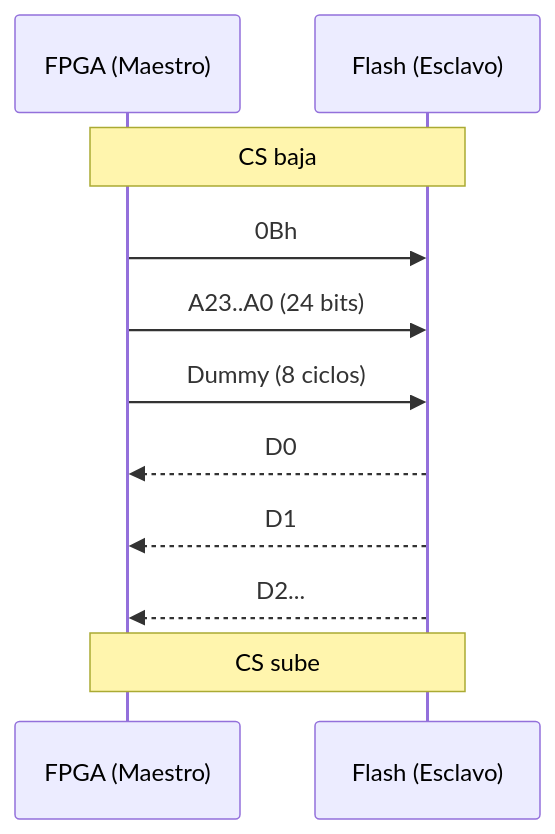
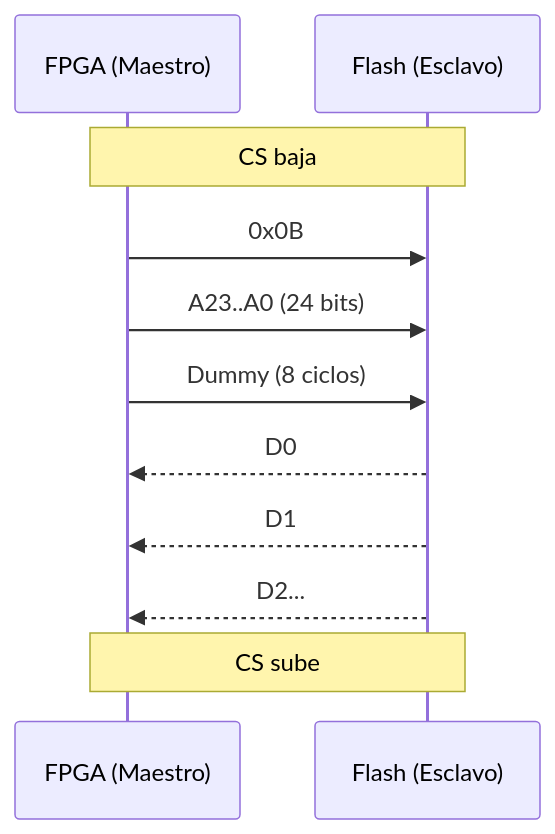
One commit to KUBIX2026/spi_flash_ctrl changed the second of 2 diagrams in README.md. Above: the diagram before and after it, drawn with Mermaid. The commit also changed other lines of this file, not shown here.

````diff
--- a/README.md
+++ b/README.md
@@ -195,14 +195,14 @@
 ```mermaid
 sequenceDiagram
     participant FPGA as FPGA (Maestro)
     participant FLASH as Flash (Esclavo)
 
     Note over FPGA,FLASH: CS baja
-    FPGA->>FLASH: 0Bh
+    FPGA->>FLASH: 0x0B
     FPGA->>FLASH: A23..A0 (24 bits)
     FPGA->>FLASH: Dummy (8 ciclos)
     FLASH-->>FPGA: D0
     FLASH-->>FPGA: D1
     FLASH-->>FPGA: D2...
     Note over FPGA,FLASH: CS sube
 ```
````
